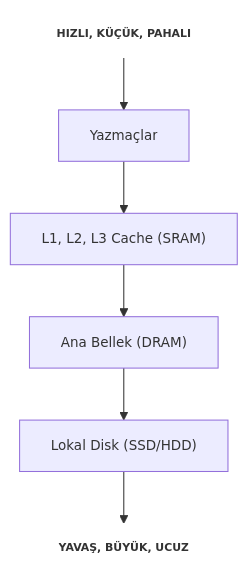
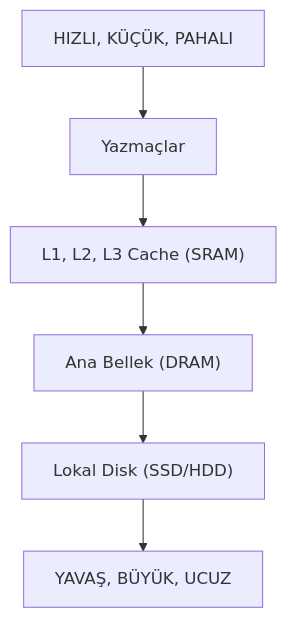
Before and after one commit to tozenbilek/tozenbilek.github.io: the diagram in system-programming/06-bellek-hiyerarsisi-ve-onbellekler.md, drawn with Mermaid.

Commit message:
Refine memory hierarchy diagram in system programming documentation by removing bold labels and restructuring the flow for clarity. This update aims to enhance the educational experience by clearly illustrating the cache function of each memory layer.

````diff
--- a/system-programming/06-bellek-hiyerarsisi-ve-onbellekler.md
+++ b/system-programming/06-bellek-hiyerarsisi-ve-onbellekler.md
@@ -18,13 +18,15 @@
 ```mermaid
 graph TD
-    A["<b>HIZLI, KÜÇÜK, PAHALI</b>"]:::label
+    A["HIZLI, KÜÇÜK, PAHALI"]
     B["Yazmaçlar"]
     C["L1, L2, L3 Cache (SRAM)"]
     D["Ana Bellek (DRAM)"]
     E["Lokal Disk (SSD/HDD)"]
-    F["<b>YAVAŞ, BÜYÜK, UCUZ</b>"]:::label
+    F["YAVAŞ, BÜYÜK, UCUZ"]
 
-    A --> B --> C --> D --> E --> F
-
-    classDef label fill:none,stroke:none,font-weight:normal,font-size:0.9em
+    A --> B
+    B --> C
+    C --> D
+    D --> E
+    E --> F
 ```
````
